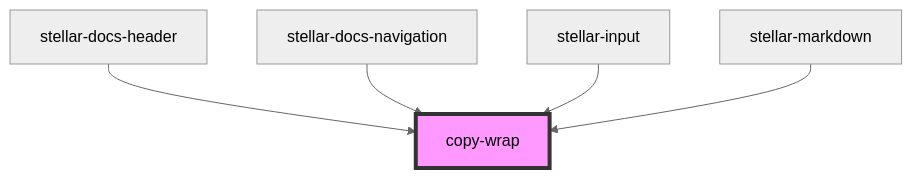
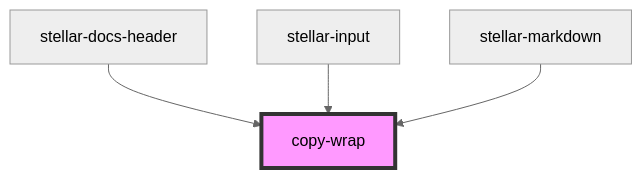
One commit to splitinfinities/Stellar changed the diagram in src/components/ui/copy-wrap/readme.md. Above: the diagram before and after it, drawn with Mermaid (neutral theme). The commit also changed other lines of this file and 13 other files, not shown here.

````diff
--- a/src/components/ui/copy-wrap/readme.md
+++ b/src/components/ui/copy-wrap/readme.md
@@ -42,8 +41,7 @@
 ```mermaid
 graph TD;
   stellar-docs-header --> copy-wrap
-  stellar-docs-navigation --> copy-wrap
   stellar-input --> copy-wrap
   stellar-markdown --> copy-wrap
   style copy-wrap fill:#f9f,stroke:#333,stroke-width:4px
 ```
````
